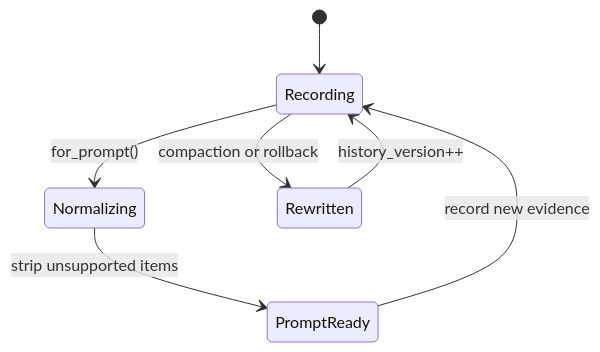
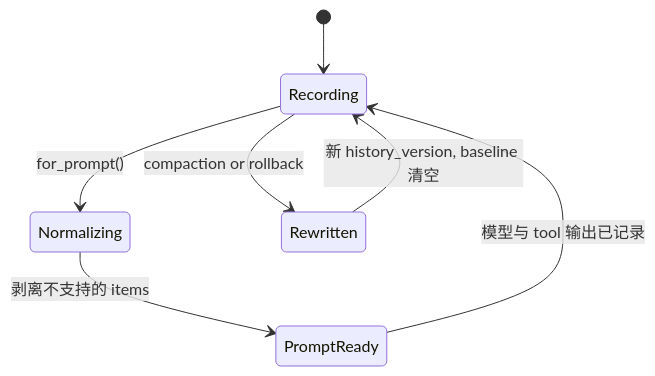
One commit to WineChord/books changed the first of 2 diagrams in docs/zh/codex-context-management/chapter-03.md. Above: the diagram before and after it, drawn with Mermaid. The commit also changed other lines of this file and 21 other files, not shown here.

````diff
--- a/docs/zh/codex-context-management/chapter-03.md
+++ b/docs/zh/codex-context-management/chapter-03.md
@@ -27,9 +50,9 @@
 ```mermaid
 stateDiagram-v2
   [*] --> Recording
   Recording --> Normalizing: for_prompt()
   Recording --> Rewritten: compaction or rollback
-  Rewritten --> Recording: history_version++
-  Normalizing --> PromptReady: strip unsupported items
-  PromptReady --> Recording: record new evidence
+  Rewritten --> Recording: 新 history_version, baseline 清空
+  Normalizing --> PromptReady: 剥离不支持的 items
+  PromptReady --> Recording: 模型与 tool 输出已记录
 ```
````
